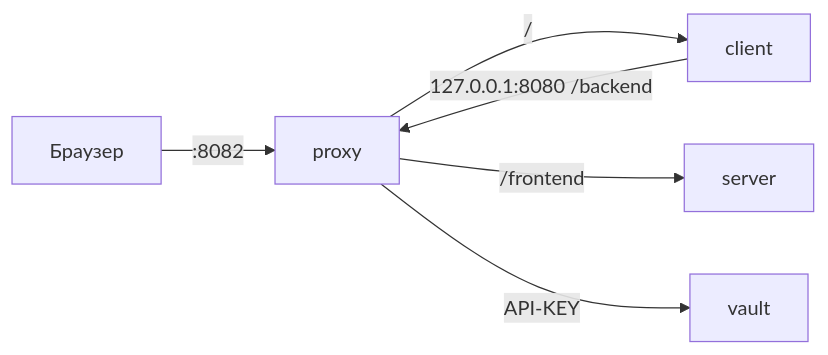
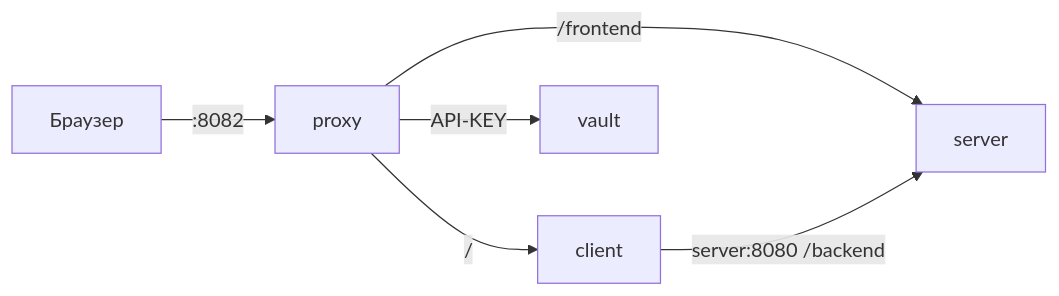
Before and after one commit to qo0p/e-imzo-doc: the first of 5 diagrams in README.md, drawn with Mermaid. The commit also changed other lines of this file and 9 other files, not shown here.

First line of the commit message:
Client calls server directly, domain API keys from Vault, single network

````diff
--- a/README.md
+++ b/README.md
@@ -21,8 +21,8 @@
 ```mermaid
 flowchart LR
   browser[Браузер] -->|:8082| proxy
   proxy -->|/| client
   proxy -->|/frontend| server
-  client -->|127.0.0.1:8080 /backend| proxy
+  client -->|server:8080 /backend| server
   proxy -->|API-KEY| vault
 ```
````
